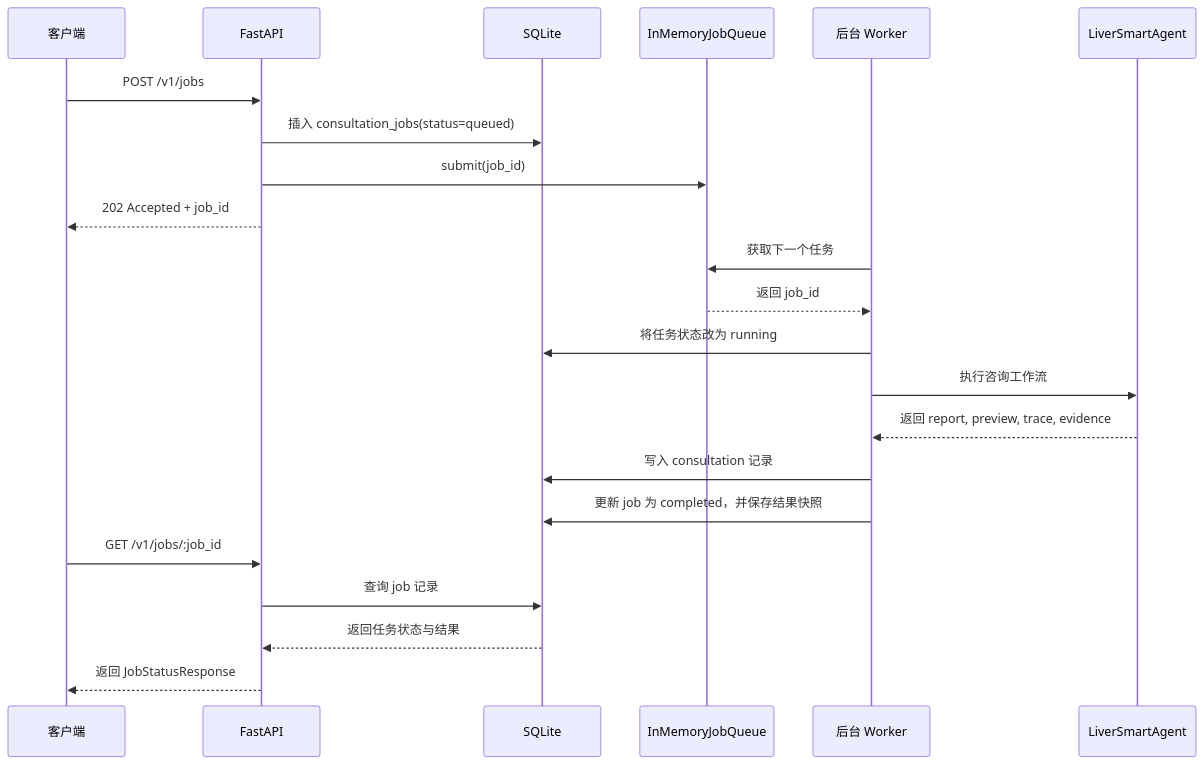
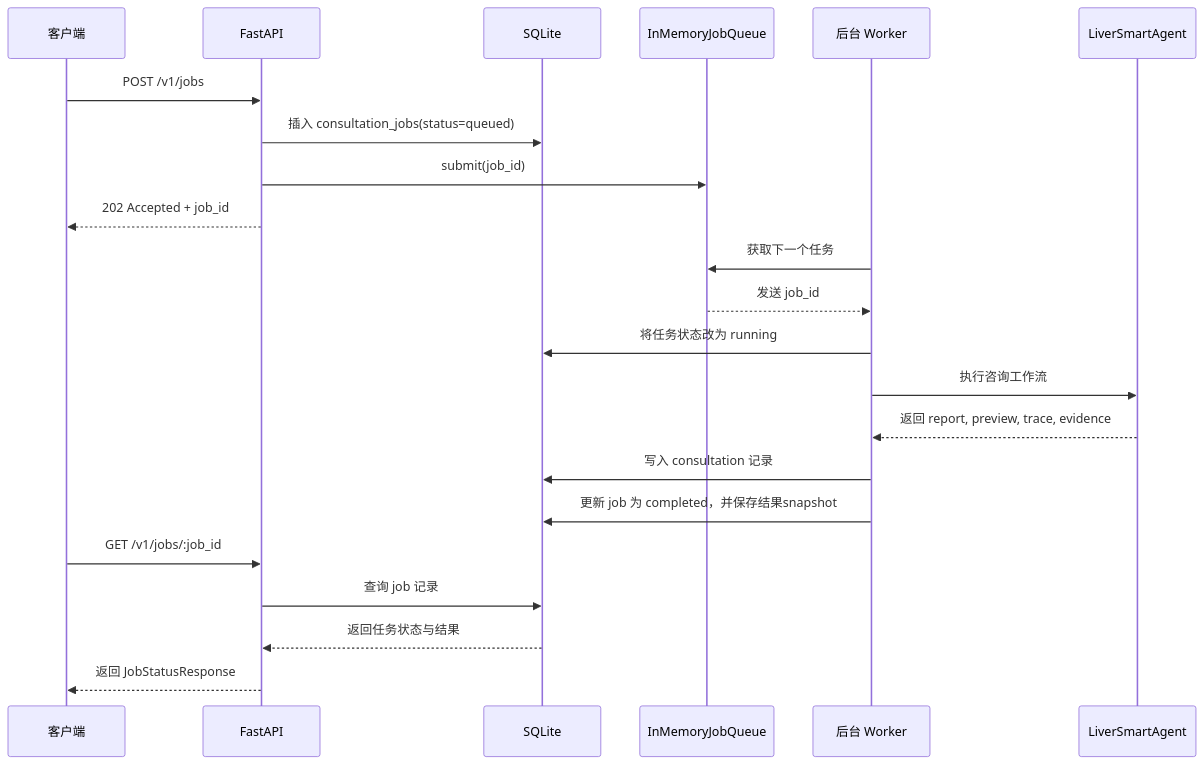
One commit to jiliguluhua/liver_rag changed the fourth of 7 diagrams in docs/backend-architecture.md. Above: the diagram before and after it, drawn with Mermaid.

Commit message:
用词小改动

````diff
--- a/docs/backend-architecture.md
+++ b/docs/backend-architecture.md
@@ -93,27 +93,27 @@
 ```mermaid
 sequenceDiagram
     participant Client as 客户端
     participant API as FastAPI
     participant DB as SQLite
     participant Queue as InMemoryJobQueue
     participant Worker as 后台 Worker
     participant Agent as LiverSmartAgent
 
     Client->>API: POST /v1/jobs
     API->>DB: 插入 consultation_jobs(status=queued)
     API->>Queue: submit(job_id)
     API-->>Client: 202 Accepted + job_id
 
     Worker->>Queue: 获取下一个任务
-    Queue-->>Worker: 返回 job_id
+    Queue-->>Worker: 发送 job_id
     Worker->>DB: 将任务状态改为 running
     Worker->>Agent: 执行咨询工作流
     Agent-->>Worker: 返回 report, preview, trace, evidence
     Worker->>DB: 写入 consultation 记录
-    Worker->>DB: 更新 job 为 completed，并保存结果快照
+    Worker->>DB: 更新 job 为 completed，并保存结果snapshot
 
     Client->>API: GET /v1/jobs/:job_id
     API->>DB: 查询 job 记录
     DB-->>API: 返回任务状态与结果
     API-->>Client: 返回 JobStatusResponse
 ```
````
